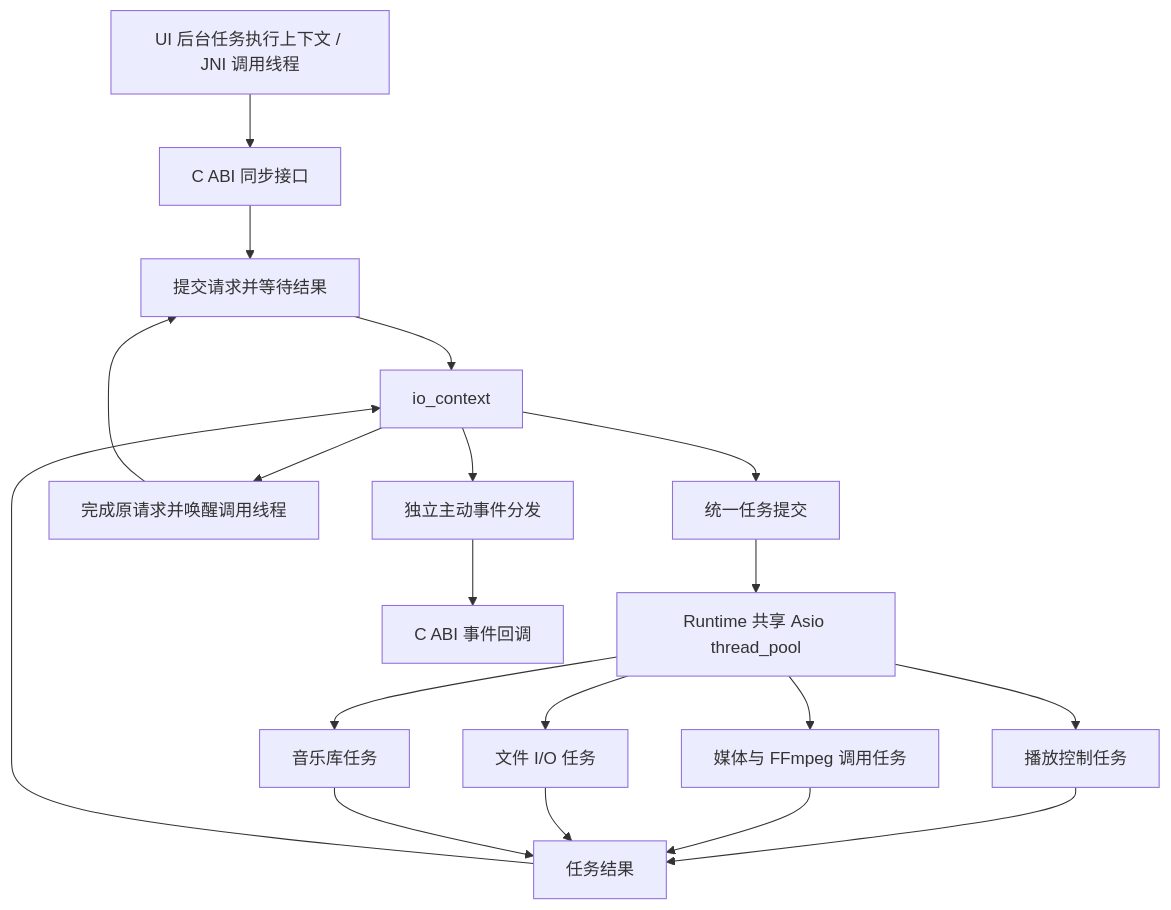
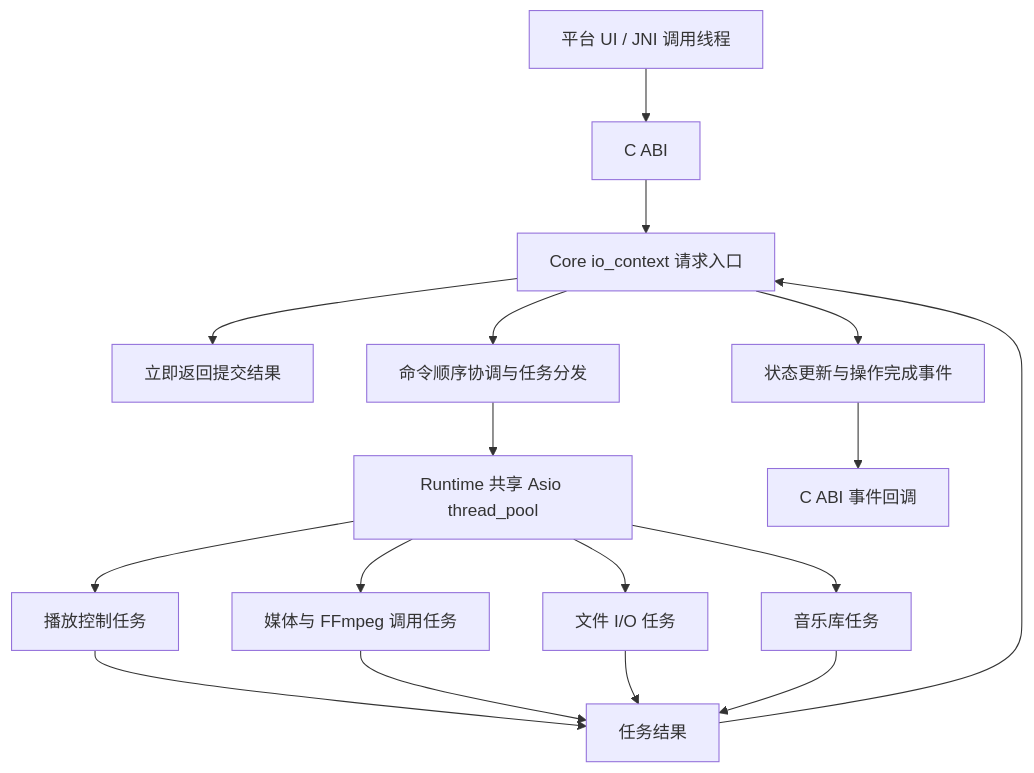
The fifth of 8 diagrams in docs/ARCHITECTURE.md (kerlfx/LNAudio), drawn with Mermaid before and after one commit. The commit also changed other lines of this file, not shown here.

Commit message:
docs: define asynchronous C ABI submission model

```diff
--- a/docs/ARCHITECTURE.md
+++ b/docs/ARCHITECTURE.md
@@ -328,21 +343,19 @@
 ~~~mermaid
 flowchart TD
-    A[UI 后台任务执行上下文 / JNI 调用线程] --> B[C ABI 同步接口]
-    B --> C[提交请求并等待结果]
-    C --> D[io_context]
-    D --> E[统一任务提交]
+    A[平台 UI / JNI 调用线程] --> B[C ABI]
+    B --> C[Core io_context 请求入口]
+    C --> D[立即返回提交结果]
+    C --> E[命令顺序协调与任务分发]
     E --> F[Runtime 共享 Asio thread_pool]
     F --> G[播放控制任务]
     F --> H[媒体与 FFmpeg 调用任务]
     F --> I[文件 I/O 任务]
     F --> J[音乐库任务]
     G --> K[任务结果]
     H --> K
     I --> K
     J --> K
-    K --> D
-    D --> L[完成原请求并唤醒调用线程]
-    L --> C
-    D --> M[独立主动事件分发]
-    M --> N[C ABI 事件回调]
+    K --> C
+    C --> L[状态更新与操作完成事件]
+    L --> M[C ABI 事件回调]
 ~~~
```
